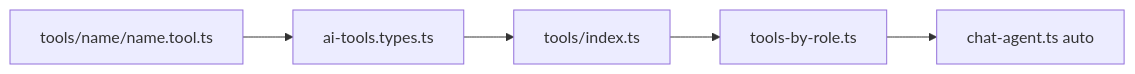
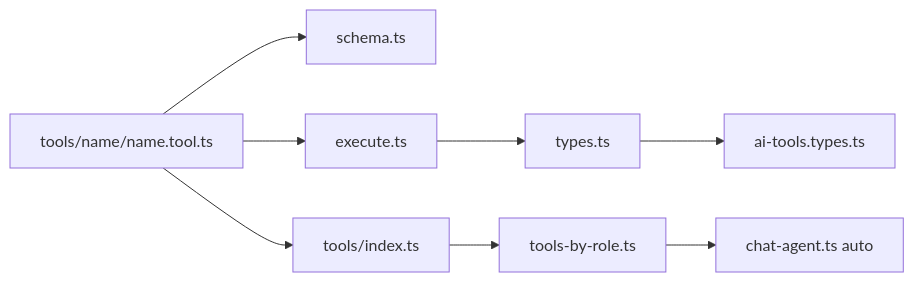
The diagram in docs/adding-ai-tools.md (dimar-hanung/agent-x), drawn with Mermaid before and after one commit. The commit also changed other lines of this file and 123 other files, not shown here.

````diff
--- a/docs/adding-ai-tools.md
+++ b/docs/adding-ai-tools.md
@@ -37,13 +41,19 @@
 ```mermaid
 flowchart LR
-  NewToolFile["tools/name/name.tool.ts"]
-  Types["ai-tools.types.ts"]
+  Factory["tools/name/name.tool.ts"]
+  Schema["schema.ts"]
+  Execute["execute.ts"]
+  Types["types.ts"]
+  Barrel["ai-tools.types.ts"]
   Registry["tools/index.ts"]
   RoleMap["tools-by-role.ts"]
   ChatAgent["chat-agent.ts auto"]
 
-  NewToolFile --> Types
-  Types --> Registry
+  Factory --> Schema
+  Factory --> Execute
+  Execute --> Types
+  Types --> Barrel
+  Factory --> Registry
   Registry --> RoleMap
   RoleMap --> ChatAgent
 ```
````
